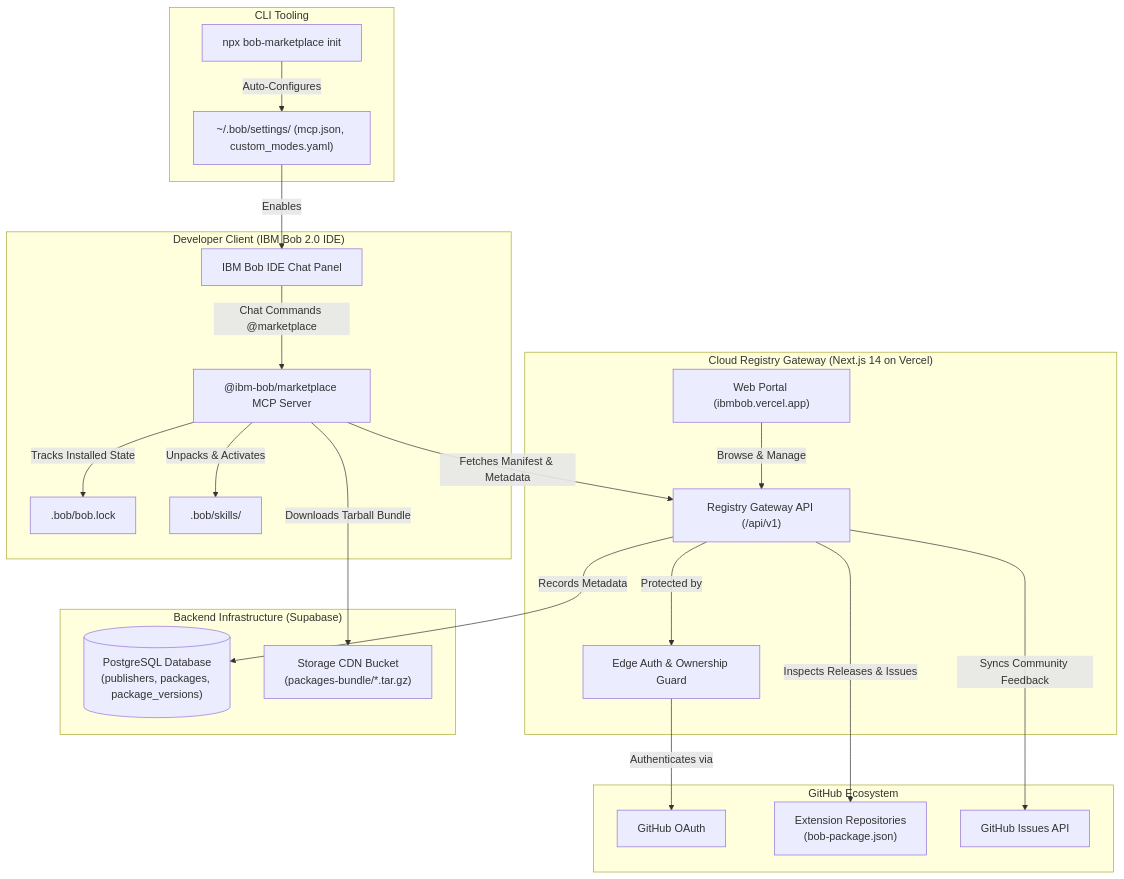
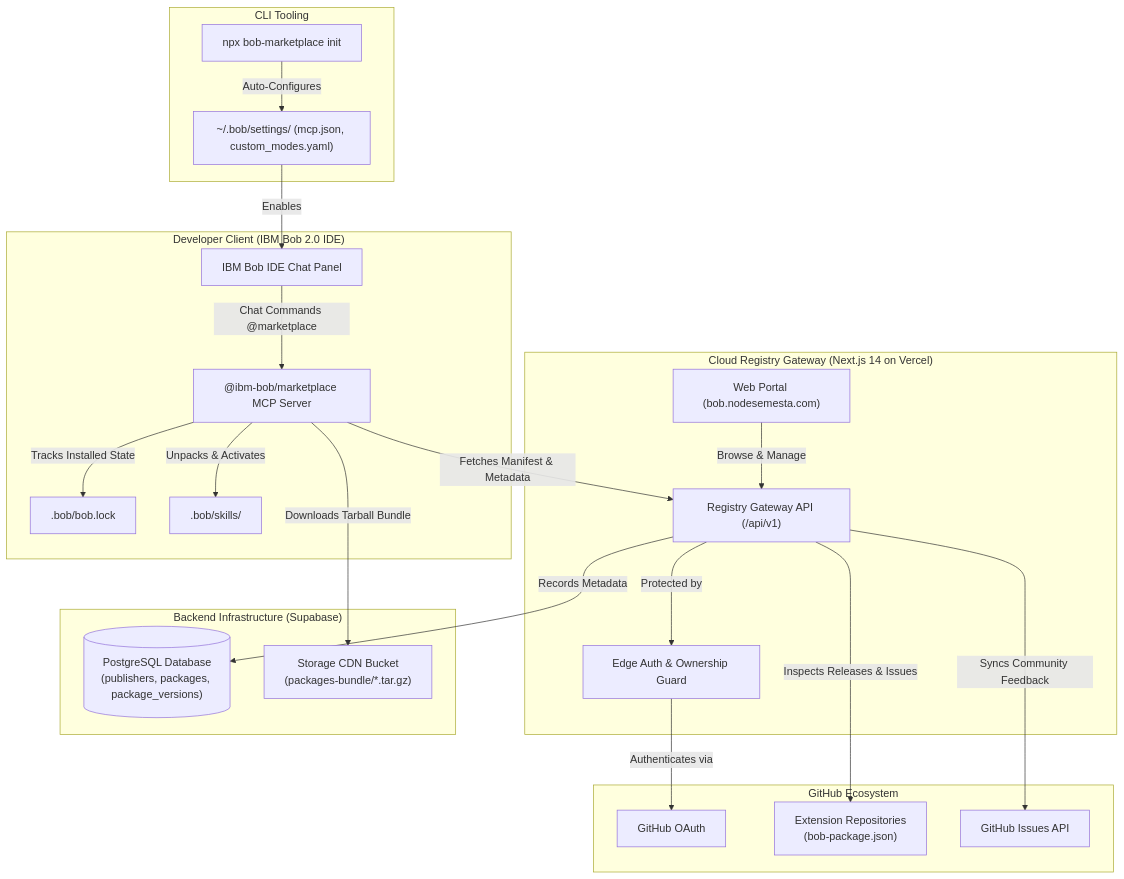
Before and after one commit to nodesmesta/BobMarketplace: the diagram in README.md, drawn with Mermaid. The commit also changed other lines of this file, not shown here.

Commit message:
docs: update web registry URL from ibmbob.vercel.app to bob.nodesemesta.com

````diff
--- a/README.md
+++ b/README.md
@@ -35,46 +35,46 @@
 ```mermaid
 graph TD
     subgraph "Developer Client (IBM Bob 2.0 IDE)"
         IDE["IBM Bob IDE Chat Panel"]
         MCP["@ibm-bob/marketplace MCP Server"]
         Lockfile[".bob/bob.lock"]
         SkillsDir[".bob/skills/"]
     end
 
     subgraph "CLI Tooling"
         CLI["npx bob-marketplace init"]
         Settings["~/.bob/settings/ (mcp.json, custom_modes.yaml)"]
     end
 
     subgraph "Cloud Registry Gateway (Next.js 14 on Vercel)"
-        Web["Web Portal (ibmbob.vercel.app)"]
+        Web["Web Portal (bob.nodesemesta.com)"]
         API["Registry Gateway API (/api/v1)"]
         AuthMiddleware["Edge Auth & Ownership Guard"]
     end
 
     subgraph "Backend Infrastructure (Supabase)"
         DB[("PostgreSQL Database\n(publishers, packages, package_versions)")]
         CDN["Storage CDN Bucket\n(packages-bundle/*.tar.gz)"]
     end
 
     subgraph "GitHub Ecosystem"
         GH_OAuth["GitHub OAuth"]
         GH_Repos["Extension Repositories\n(bob-package.json)"]
         GH_Issues["GitHub Issues API"]
     end
 
     CLI -->|Auto-Configures| Settings
     Settings -->|Enables| IDE
     IDE -->|Chat Commands @marketplace| MCP
     MCP -->|Fetches Manifest & Metadata| API
     MCP -->|Downloads Tarball Bundle| CDN
     MCP -->|Unpacks & Activates| SkillsDir
     MCP -->|Tracks Installed State| Lockfile
 
     Web -->|Browse & Manage| API
     API -->|Protected by| AuthMiddleware
     AuthMiddleware -->|Authenticates via| GH_OAuth
     API -->|Records Metadata| DB
     API -->|Inspects Releases & Issues| GH_Repos
     API -->|Syncs Community Feedback| GH_Issues
 ```
````
